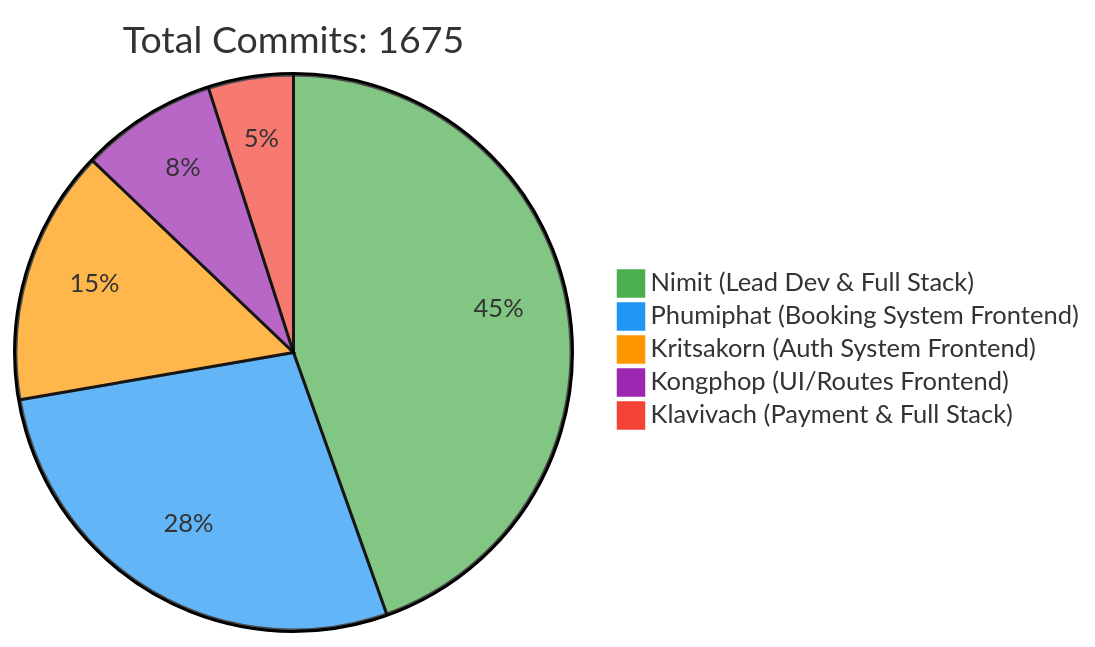
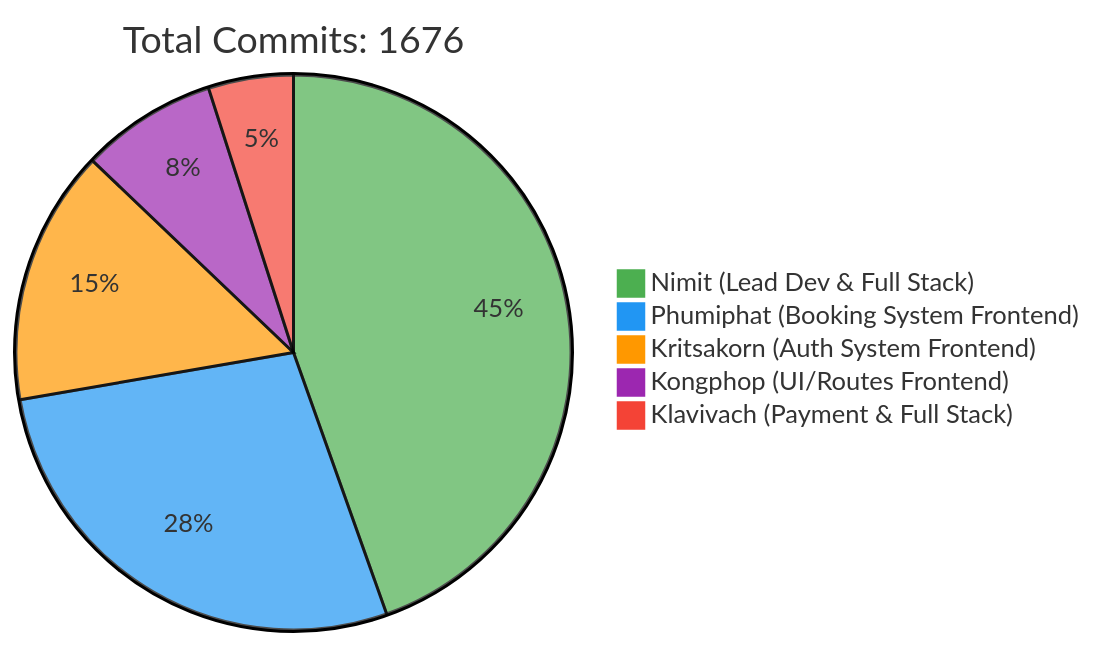
One commit to 6531503042/Sport-Complex changed the first of 2 diagrams in README.md. Above: the diagram before and after it, drawn with Mermaid. The commit also changed other lines of this file, not shown here.

Commit message:
docs: Update contributor statistics [skip ci]

````diff
--- a/README.md
+++ b/README.md
@@ -257,10 +257,10 @@
 ```mermaid
 %%{init: {'theme': 'base', 'themeVariables': { 'pie1': '#4CAF50', 'pie2': '#2196F3', 'pie3': '#FF9800', 'pie4': '#9C27B0', 'pie5': '#F44336'}}}%%
 pie
-    title Total Commits: 1675
+    title Total Commits: 1676
     "Nimit (Lead Dev & Full Stack)" : 450
     "Phumiphat (Booking System Frontend)" : 280
     "Kritsakorn (Auth System Frontend)" : 150
     "Kongphop (UI/Routes Frontend)" : 80
     "Klavivach (Payment & Full Stack)" : 50
 ```
````
